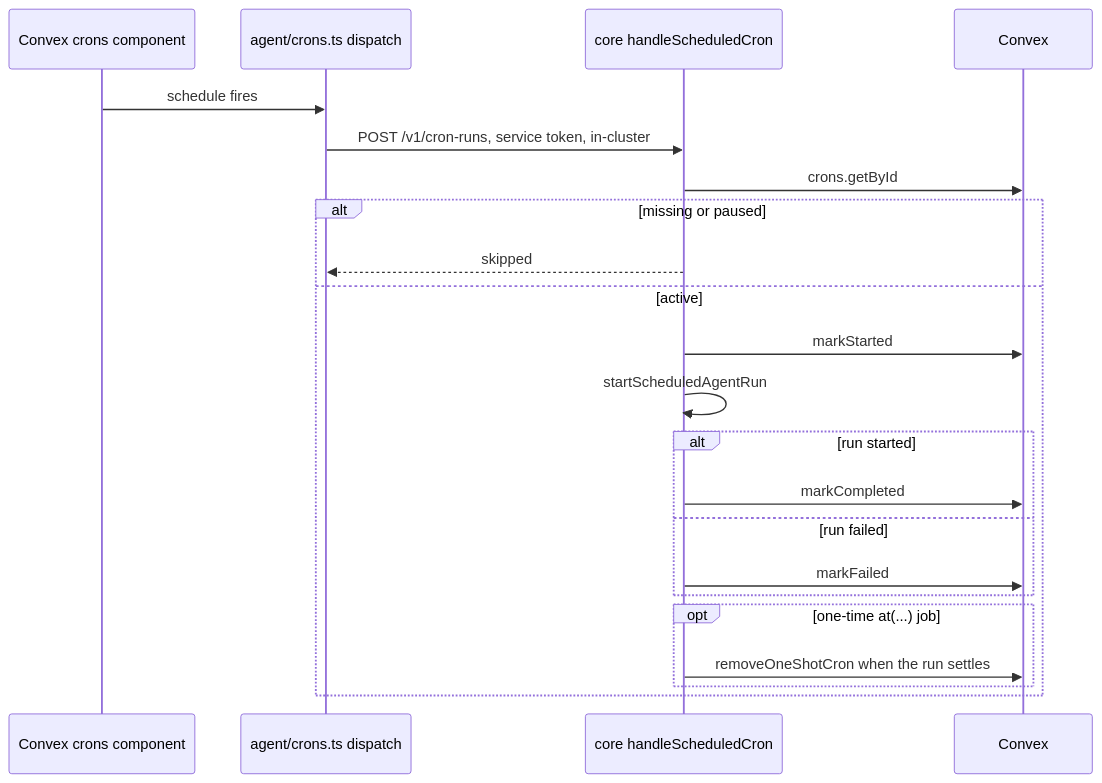
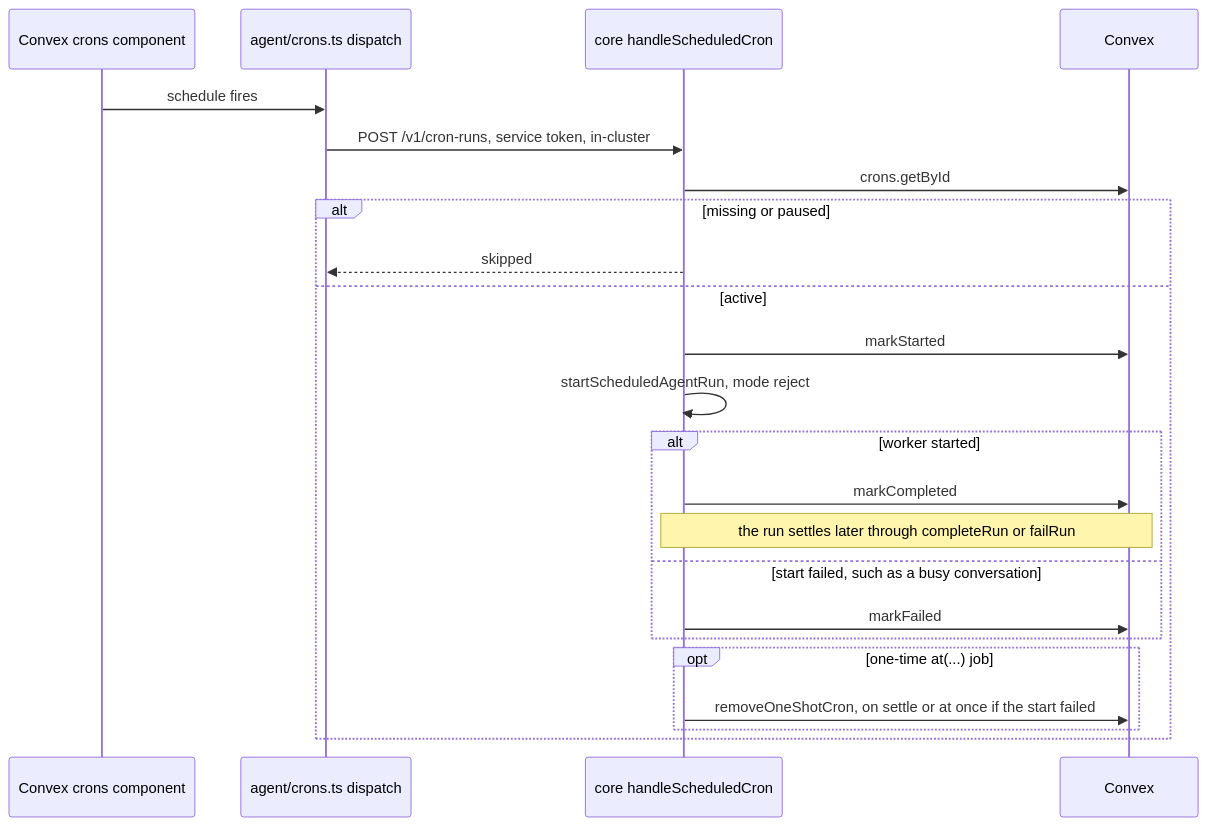
One commit to beeblastco/broods changed the fourth of 6 diagrams in apps/docs/docs/internals/architecture.md. Above: the diagram before and after it, drawn with Mermaid. The commit also changed other lines of this file and 8 other files, not shown here.

First line of the commit message:
docs: fix internals diagrams that disagreed with the code

````diff
--- a/apps/docs/docs/internals/architecture.md
+++ b/apps/docs/docs/internals/architecture.md
@@ -166,24 +176,25 @@
 ```mermaid
 sequenceDiagram
   participant S as Convex crons component
   participant D as agent/crons.ts dispatch
   participant H as core handleScheduledCron
   participant X as Convex
   S->>D: schedule fires
   D->>H: POST /v1/cron-runs, service token, in-cluster
   H->>X: crons.getById
   alt missing or paused
     H-->>D: skipped
   else active
     H->>X: markStarted
-    H->>H: startScheduledAgentRun
-    alt run started
+    H->>H: startScheduledAgentRun, mode reject
+    alt worker started
       H->>X: markCompleted
-    else run failed
+      Note over H,X: the run settles later through completeRun or failRun
+    else start failed, such as a busy conversation
       H->>X: markFailed
     end
     opt one-time at(...) job
-      H->>X: removeOneShotCron when the run settles
+      H->>X: removeOneShotCron, on settle or at once if the start failed
     end
   end
 ```
````
